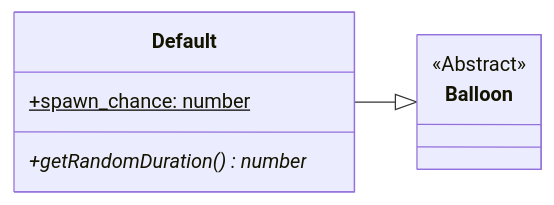
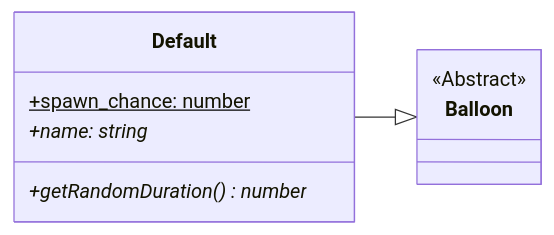
Before and after one commit to SimonStnn/pop-a-loon: the second of 2 diagrams in docs/README.md, drawn with Mermaid.

Commit message:
Add name propertie to Default balloon class UML diagram

````diff
--- a/docs/README.md
+++ b/docs/README.md
@@ -180,12 +180,13 @@
 ```mermaid
 classDiagram
 direction LR
 class Balloon { <<Abstract>> }
 click Balloon href "#abstract-balloon-class" "Abstract balloon class"
 
 class Default {
   +spawn_chance: number$
+  +name: string*
   +getRandomDuration() number*
 }
 Default --|> Balloon
 ```
````
